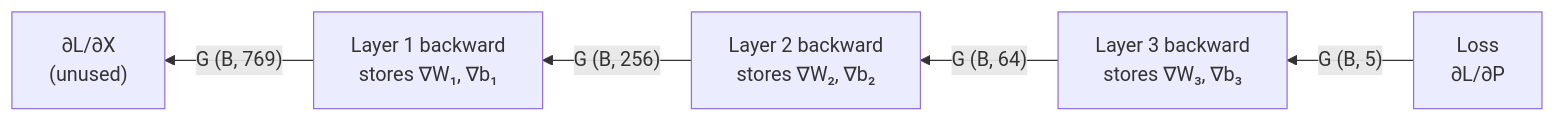
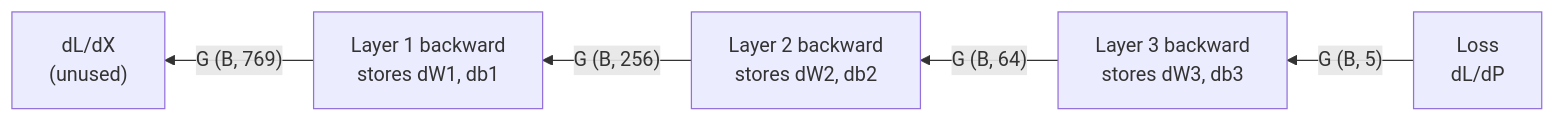
The third of 4 diagrams in docs/my_torch.md (Eukyrios/my_torch), drawn with Mermaid before and after one commit. The commit also changed other lines of this file and 9 other files, not shown here.

````diff
--- a/docs/my_torch.md
+++ b/docs/my_torch.md
@@ -275,7 +275,7 @@
 ```mermaid
 flowchart RL
-    Loss["Loss<br/>∂L/∂P"] -->|"G (B, 5)"| B3["Layer 3 backward<br/>stores ∇W₃, ∇b₃"]
-    B3 -->|"G (B, 64)"| B2["Layer 2 backward<br/>stores ∇W₂, ∇b₂"]
-    B2 -->|"G (B, 256)"| B1["Layer 1 backward<br/>stores ∇W₁, ∇b₁"]
-    B1 -->|"G (B, 769)"| In["∂L/∂X<br/>(unused)"]
+    Loss["Loss<br/>dL/dP"] -->|"G (B, 5)"| B3["Layer 3 backward<br/>stores dW3, db3"]
+    B3 -->|"G (B, 64)"| B2["Layer 2 backward<br/>stores dW2, db2"]
+    B2 -->|"G (B, 256)"| B1["Layer 1 backward<br/>stores dW1, db1"]
+    B1 -->|"G (B, 769)"| In["dL/dX<br/>(unused)"]
 ```
````
